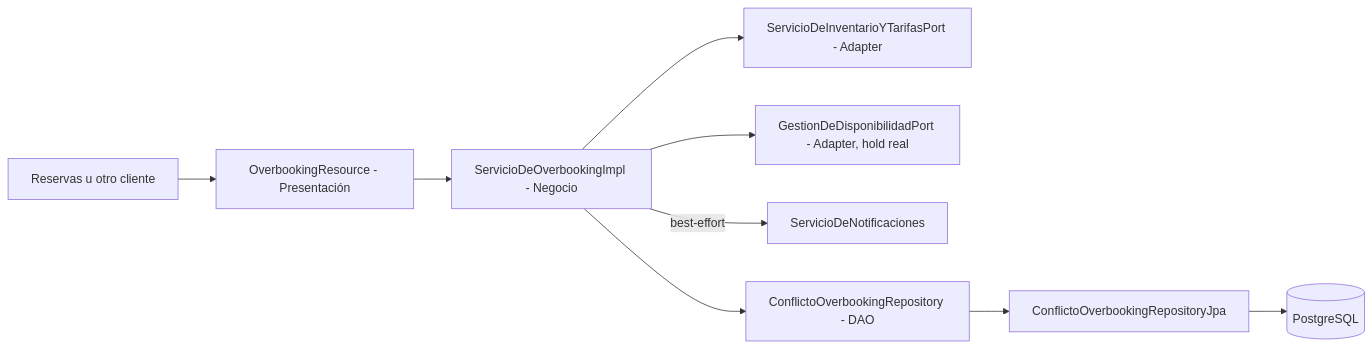
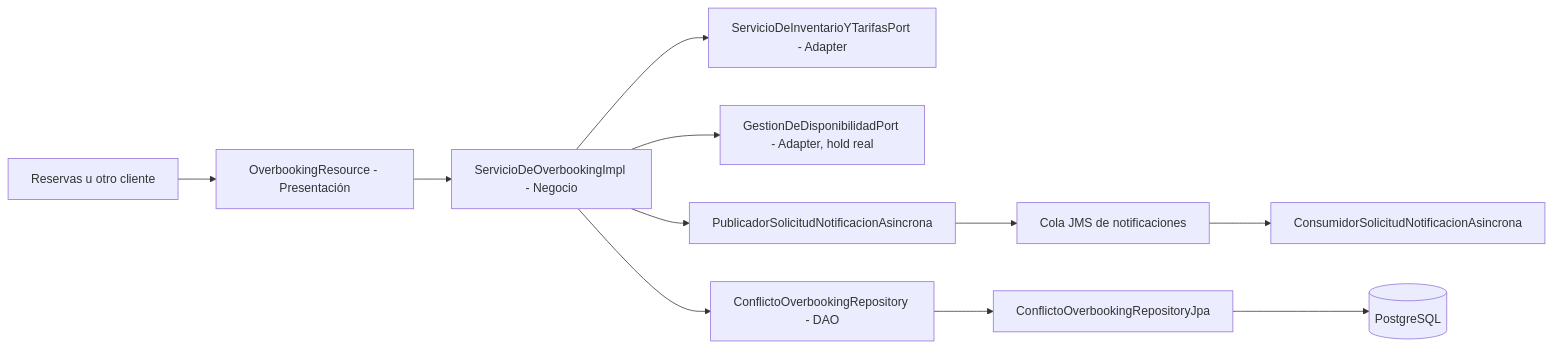
One commit to chiara-p581/StayHub changed the diagram in proyecto/src/main/java/com/stayhub/servicioDeOverbooking/README.md. Above: the diagram before and after it, drawn with Mermaid. The commit also changed other lines of this file and 14 other files, not shown here.

````diff
--- a/proyecto/src/main/java/com/stayhub/servicioDeOverbooking/README.md
+++ b/proyecto/src/main/java/com/stayhub/servicioDeOverbooking/README.md
@@ -32,11 +32,13 @@
 ```mermaid
 flowchart LR
     Cliente[Reservas u otro cliente] --> Resource[OverbookingResource - Presentación]
     Resource --> Impl[ServicioDeOverbookingImpl - Negocio]
     Impl --> Inventario[ServicioDeInventarioYTarifasPort - Adapter]
     Impl --> Disponibilidad[GestionDeDisponibilidadPort - Adapter, hold real]
-    Impl -->|best-effort| Notificaciones[ServicioDeNotificaciones]
+    Impl --> Publicador[PublicadorSolicitudNotificacionAsincrona]
+    Publicador --> JMS[Cola JMS de notificaciones]
+    JMS --> MDB[ConsumidorSolicitudNotificacionAsincrona]
     Impl --> DAO[ConflictoOverbookingRepository - DAO]
     DAO --> JPA[ConflictoOverbookingRepositoryJpa]
     JPA --> DB[(PostgreSQL)]
 ```
````
